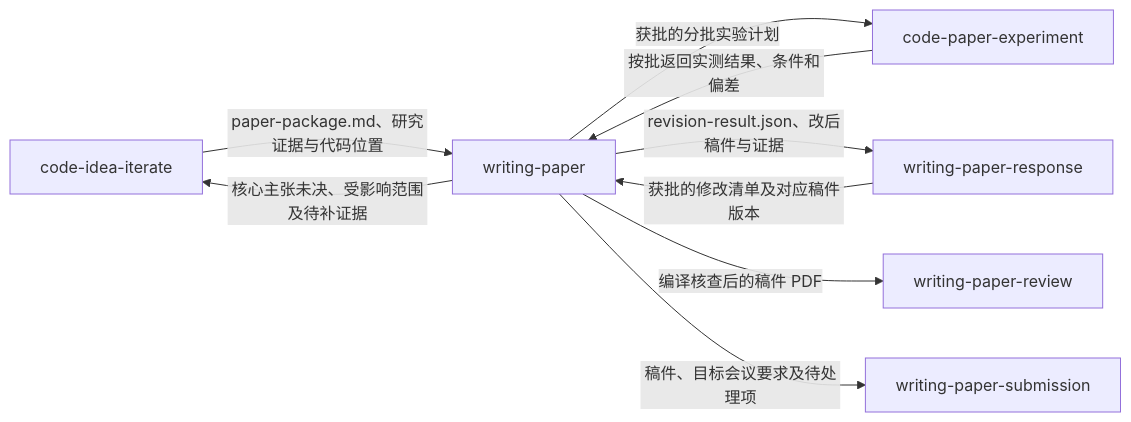
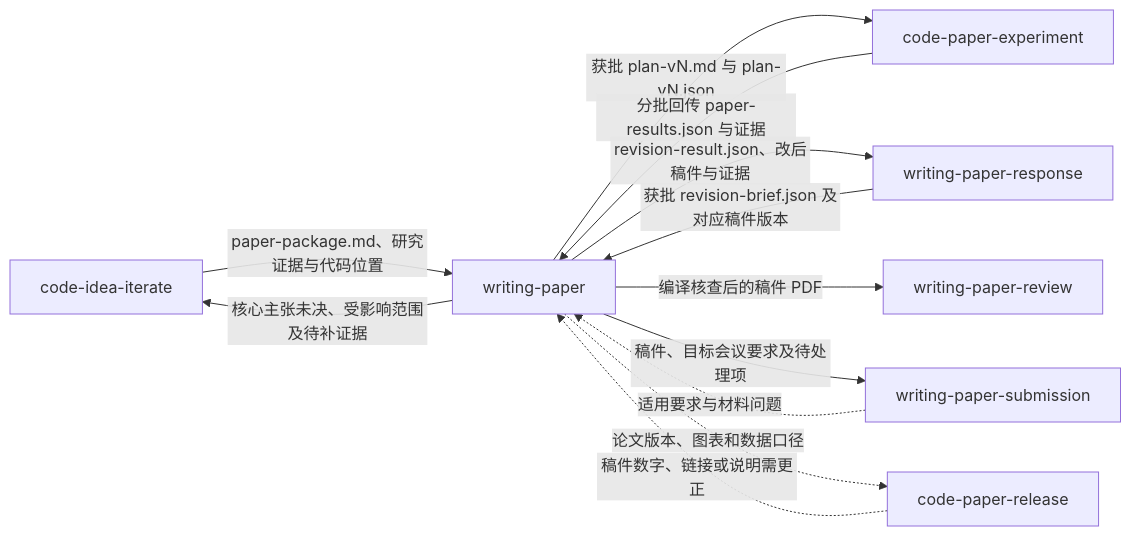
One commit to jackwang0108/dl-assistant changed the first of 2 diagrams in plugins/dl-assistant/skills/writing-paper/SKILL.md. Above: the diagram before and after it, drawn with Mermaid. The commit also changed 13 other files, not shown here.

````diff
--- a/plugins/dl-assistant/skills/writing-paper/SKILL.md
+++ b/plugins/dl-assistant/skills/writing-paper/SKILL.md
@@ -14,11 +14,14 @@
 ```mermaid
 flowchart LR
     IT["code-idea-iterate"] -->|"paper-package.md、研究证据与代码位置"| WP["writing-paper"]
     WP -->|"核心主张未决、受影响范围及待补证据"| IT
-    WP -->|"获批的分批实验计划"| CPE["code-paper-experiment"]
-    CPE -->|"按批返回实测结果、条件和偏差"| WP
-    WRESP["writing-paper-response"] -->|"获批的修改清单及对应稿件版本"| WP
+    WP -->|"获批 plan-vN.md 与 plan-vN.json"| CPE["code-paper-experiment"]
+    CPE -->|"分批回传 paper-results.json 与证据"| WP
+    WRESP["writing-paper-response"] -->|"获批 revision-brief.json 及对应稿件版本"| WP
     WP -->|"revision-result.json、改后稿件与证据"| WRESP
     WP -->|"编译核查后的稿件 PDF"| WREV["writing-paper-review"]
     WP -->|"稿件、目标会议要求及待处理项"| WPSUB["writing-paper-submission"]
+    WPSUB -.->|"适用要求与材料问题"| WP
+    WP -.->|"论文版本、图表和数据口径"| REL["code-paper-release"]
+    REL -.->|"稿件数字、链接或说明需更正"| WP
 ```
````
